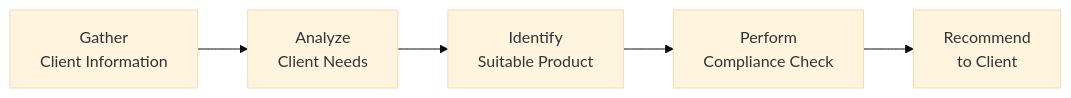
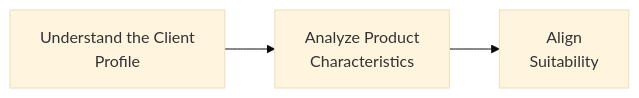
The diagram in content/ifc/1/4/index.md (MasteryEducation/SecuritiesExamsMastery.ca), drawn with Mermaid (base theme) before and after one commit. The commit also changed other lines of this file and 130 other files, not shown here.

````diff
--- a/content/ifc/1/4/index.md
+++ b/content/ifc/1/4/index.md
@@ -93,7 +69,8 @@
 ```mermaid
 flowchart LR
-    A["Gather <br/>Client Information"] --> B["Analyze <br/>Client Needs"]
-    B --> C["Identify <br/>Suitable Product"]
-    C --> D["Perform <br/>Compliance Check"]
-    D --> E["Recommend <br/>to Client"]
+A["Understand the Client <br/>Profile"]
+B["Analyze Product <br/>Characteristics"]
+C["Align <br/>Suitability"]
+A --> B
+B --> C
 ```
````
